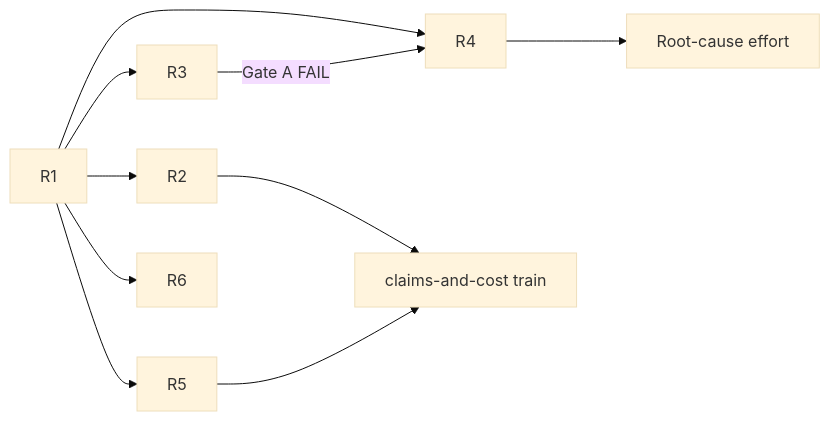
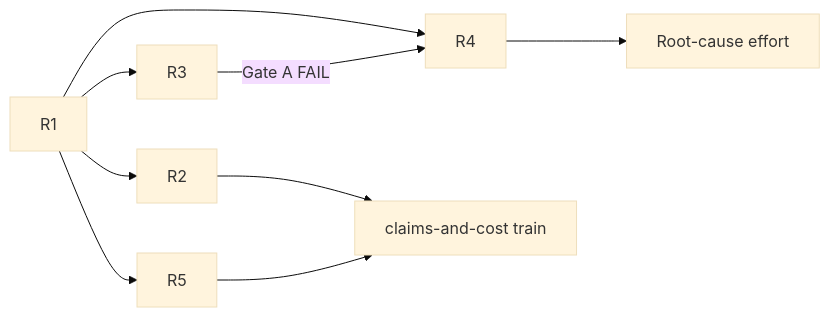
Before and after one commit to Mathews-Tom/archex: the second of 3 diagrams in .docs/DEVELOPMENT_PLAN.md, drawn with Mermaid (base theme). The commit also changed other lines of this file and 1 other file, not shown here.

````diff
--- a/.docs/DEVELOPMENT_PLAN.md
+++ b/.docs/DEVELOPMENT_PLAN.md
@@ -400,12 +401,11 @@
 ```mermaid
 graph LR
   R1 --> R2
   R1 --> R3
   R1 --> R4
   R1 --> R5
-  R1 --> R6
   R3 -->|Gate A FAIL| R4
   R4 --> RC[Root-cause effort]
   R2 --> T[claims-and-cost train]
   R5 --> T
 ```
````
